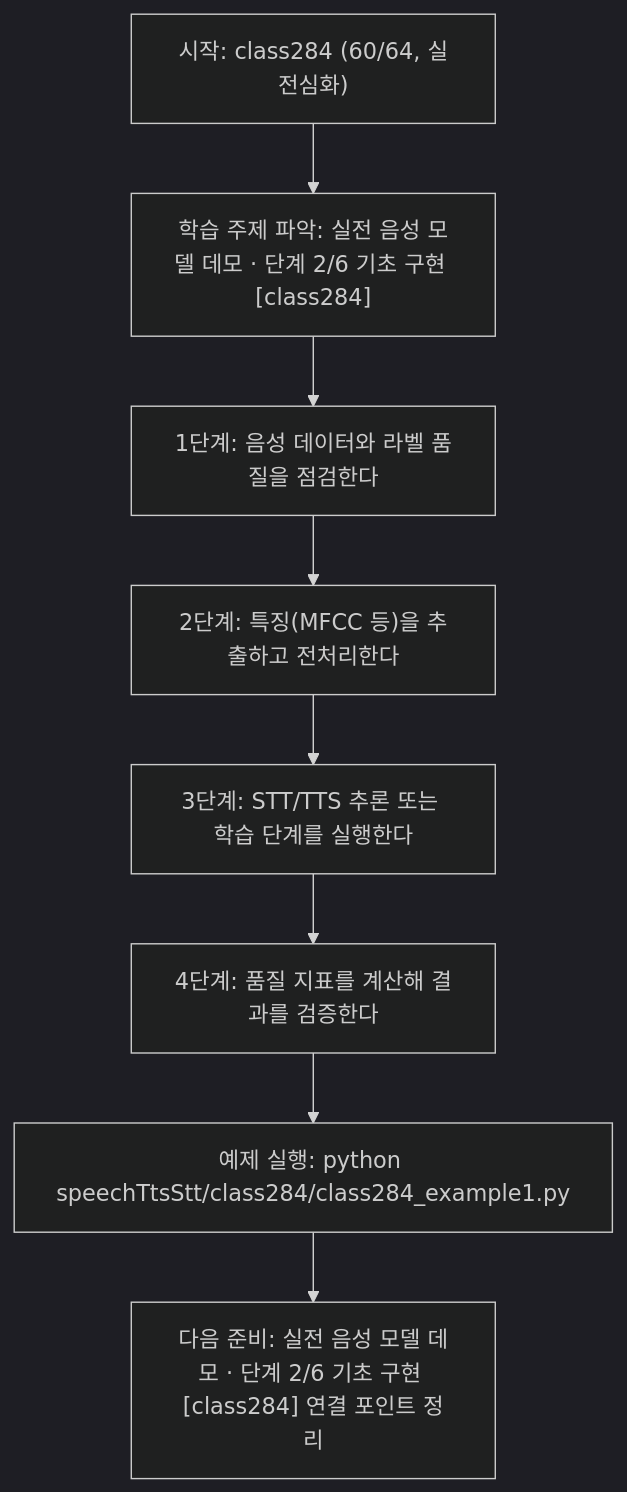
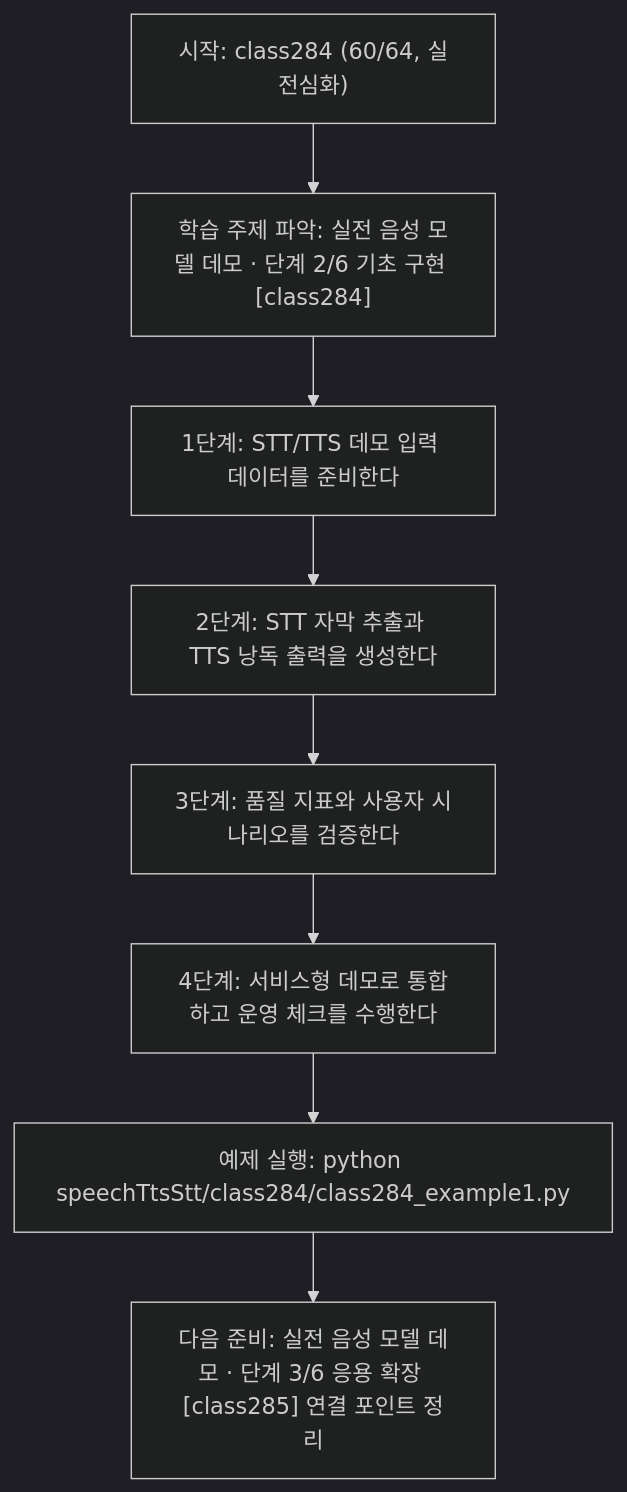
Before and after one commit to edumgt/Python-AI_Agent-Class: the diagram in speechTtsStt/class284/class284.md, drawn with Mermaid (dark theme). The commit also changed other lines of this file and 1122 other files, not shown here.

````diff
--- a/speechTtsStt/class284/class284.md
+++ b/speechTtsStt/class284/class284.md
@@ -115,18 +95,18 @@
 ```mermaid
 flowchart TD
 N1["시작: class284 (60/64, 실전심화)"]
 N2["학습 주제 파악: 실전 음성 모델 데모 · 단계 2/6 기초 구현 [class284]"]
-N3["1단계: 음성 데이터와 라벨 품질을 점검한다"]
-N4["2단계: 특징(MFCC 등)을 추출하고 전처리한다"]
-N5["3단계: STT/TTS 추론 또는 학습 단계를 실행한다"]
-N6["4단계: 품질 지표를 계산해 결과를 검증한다"]
+N3["1단계: STT/TTS 데모 입력 데이터를 준비한다"]
+N4["2단계: STT 자막 추출과 TTS 낭독 출력을 생성한다"]
+N5["3단계: 품질 지표와 사용자 시나리오를 검증한다"]
+N6["4단계: 서비스형 데모로 통합하고 운영 체크를 수행한다"]
 N7["예제 실행: python speechTtsStt/class284/class284_example1.py"]
-N8["다음 준비: 실전 음성 모델 데모 · 단계 2/6 기초 구현 [class284] 연결 포인트 정리"]
+N8["다음 준비: 실전 음성 모델 데모 · 단계 3/6 응용 확장 [class285] 연결 포인트 정리"]
 N1 --> N2
 N2 --> N3
 N3 --> N4
 N4 --> N5
 N5 --> N6
 N6 --> N7
 N7 --> N8
 ```
````
